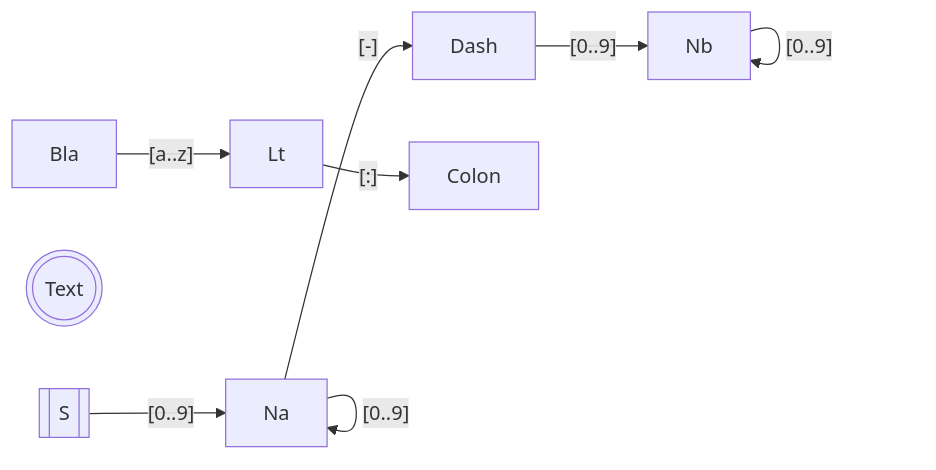
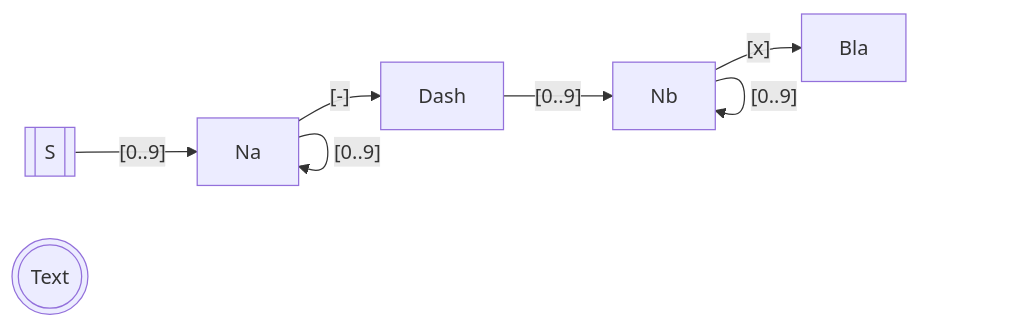
One commit to jepoen/screencasts changed the second of 2 diagrams in rust/adventofcode-2020/day02/README.md. Above: the diagram before and after it, drawn with Mermaid.

Commit message:
test mermaid

```diff
--- a/rust/adventofcode-2020/day02/README.md
+++ b/rust/adventofcode-2020/day02/README.md
@@ -45,13 +45,12 @@
 ~~~mermaid
 flowchart LR;
 S[[S]];
 Text(((Text)));
 
 S-->|"[0..9]"|Na;
 Na-->|"[0..9]"|Na;
 Na-->|"[-]"|Dash;
 Dash-->|"[0..9]"|Nb;
 Nb-->|"[0..9]"|Nb;
-Bla-->|"[a..z]"|Lt;
-Lt-->|"[:]"|Colon;
+Nb-->|"[x]"|Bla;
 ~~~
```
